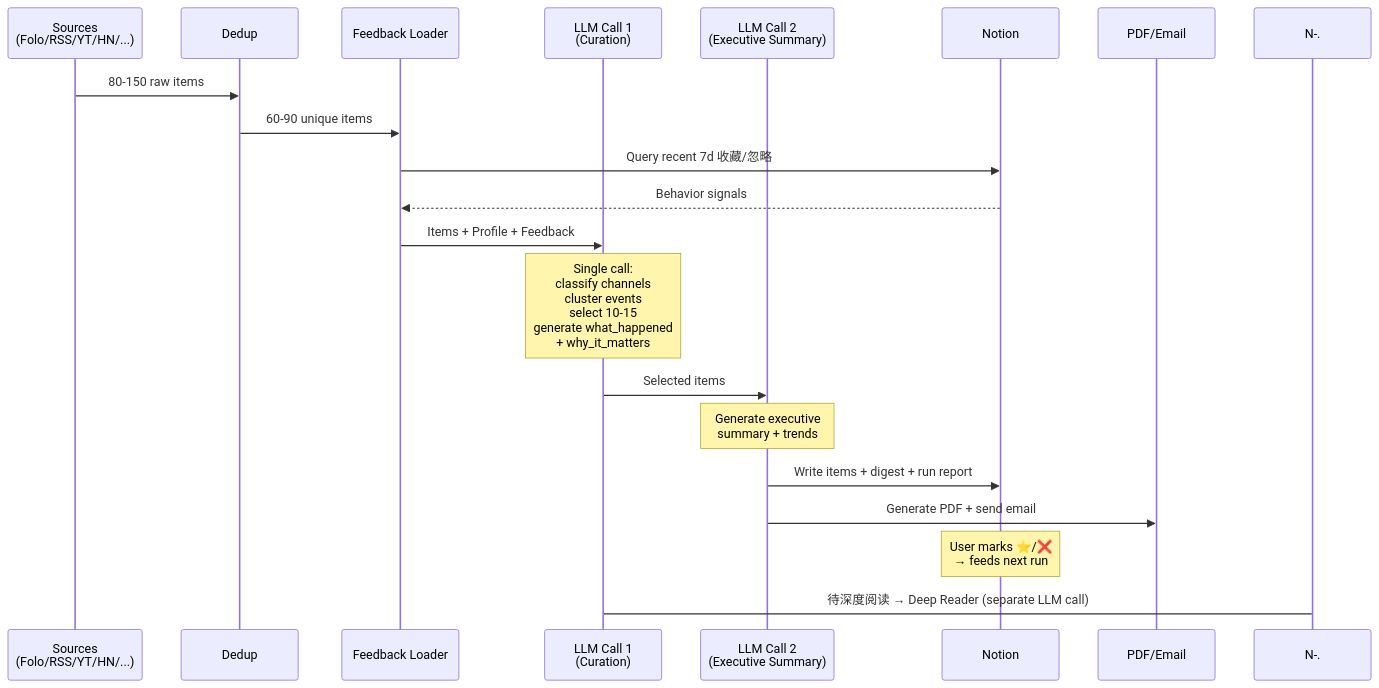
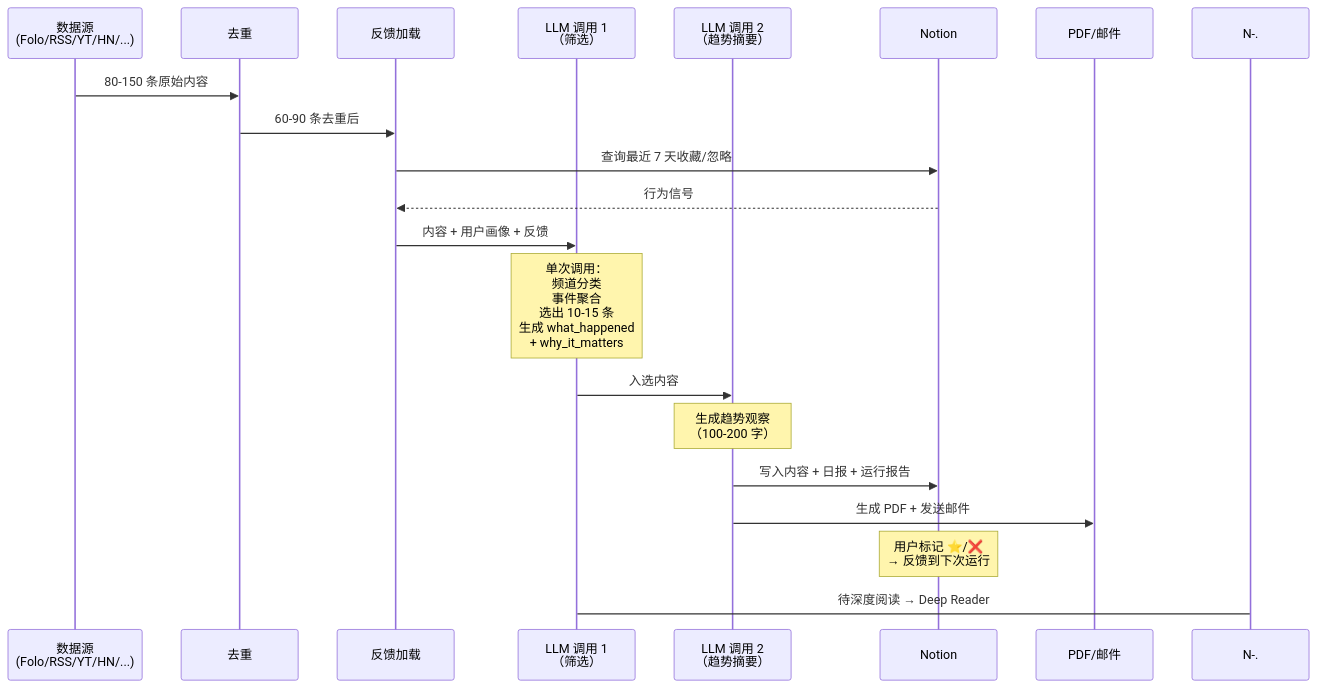
Before and after one commit to AlexZWANG1/RSS-Notion: the third of 3 diagrams in README.md, drawn with Mermaid. The commit also changed other lines of this file, not shown here.

````diff
--- a/README.md
+++ b/README.md
@@ -257,23 +211,23 @@
 ```mermaid
 sequenceDiagram
-    participant S as Sources<br/>(Folo/RSS/YT/HN/...)
-    participant D as Dedup
-    participant F as Feedback Loader
-    participant L1 as LLM Call 1<br/>(Curation)
-    participant L2 as LLM Call 2<br/>(Executive Summary)
+    participant S as 数据源<br/>(Folo/RSS/YT/HN/...)
+    participant D as 去重
+    participant F as 反馈加载
+    participant L1 as LLM 调用 1<br/>（筛选）
+    participant L2 as LLM 调用 2<br/>（趋势摘要）
     participant N as Notion
-    participant P as PDF/Email
+    participant P as PDF/邮件
 
-    S->>D: 80-150 raw items
-    D->>F: 60-90 unique items
-    F->>N: Query recent 7d 收藏/忽略
-    N-->>F: Behavior signals
-    F->>L1: Items + Profile + Feedback
-    Note over L1: Single call:<br/>classify channels<br/>cluster events<br/>select 10-15<br/>generate what_happened<br/>+ why_it_matters
-    L1->>L2: Selected items
-    Note over L2: Generate executive<br/>summary + trends
-    L2->>N: Write items + digest + run report
-    L2->>P: Generate PDF + send email
-    Note over N: User marks ⭐/❌<br/>→ feeds next run
-    N-.->L1: 待深度阅读 → Deep Reader (separate LLM call)
+    S->>D: 80-150 条原始内容
+    D->>F: 60-90 条去重后
+    F->>N: 查询最近 7 天收藏/忽略
+    N-->>F: 行为信号
+    F->>L1: 内容 + 用户画像 + 反馈
+    Note over L1: 单次调用：<br/>频道分类<br/>事件聚合<br/>选出 10-15 条<br/>生成 what_happened<br/>+ why_it_matters
+    L1->>L2: 入选内容
+    Note over L2: 生成趋势观察<br/>（100-200 字）
+    L2->>N: 写入内容 + 日报 + 运行报告
+    L2->>P: 生成 PDF + 发送邮件
+    Note over N: 用户标记 ⭐/❌<br/>→ 反馈到下次运行
+    N-.->L1: 待深度阅读 → Deep Reader
 ```
````
